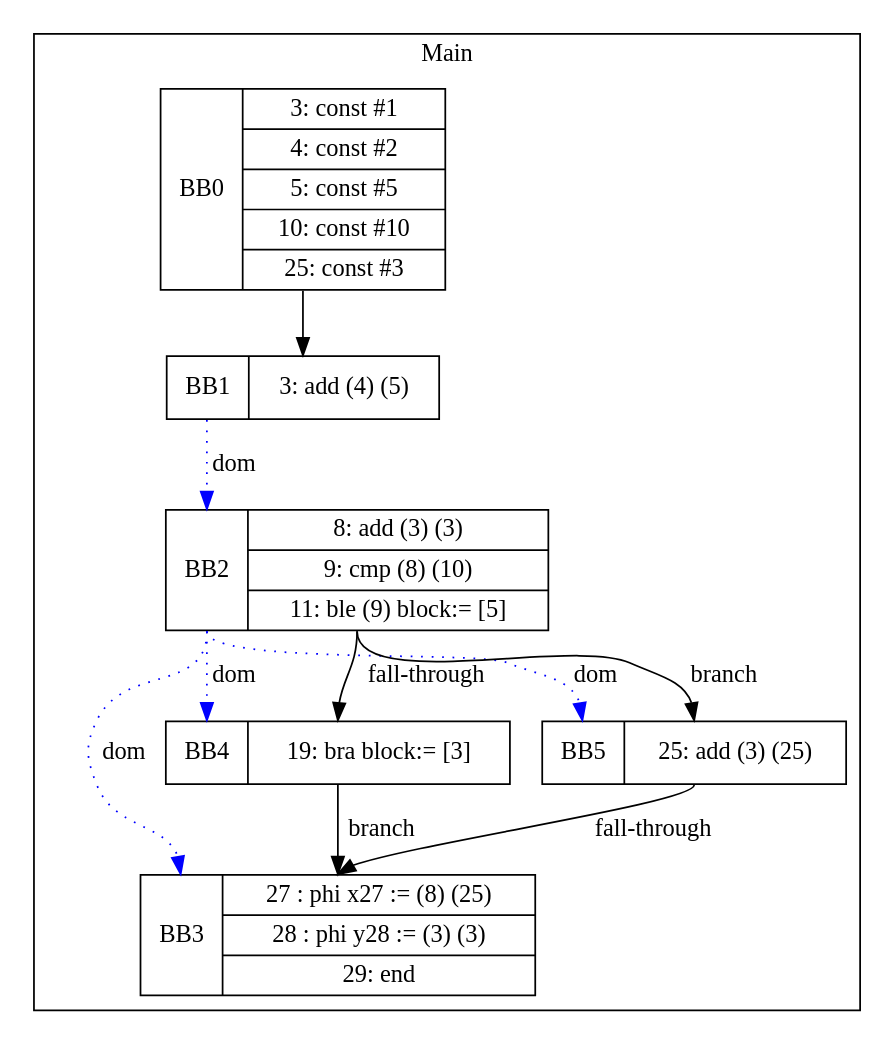
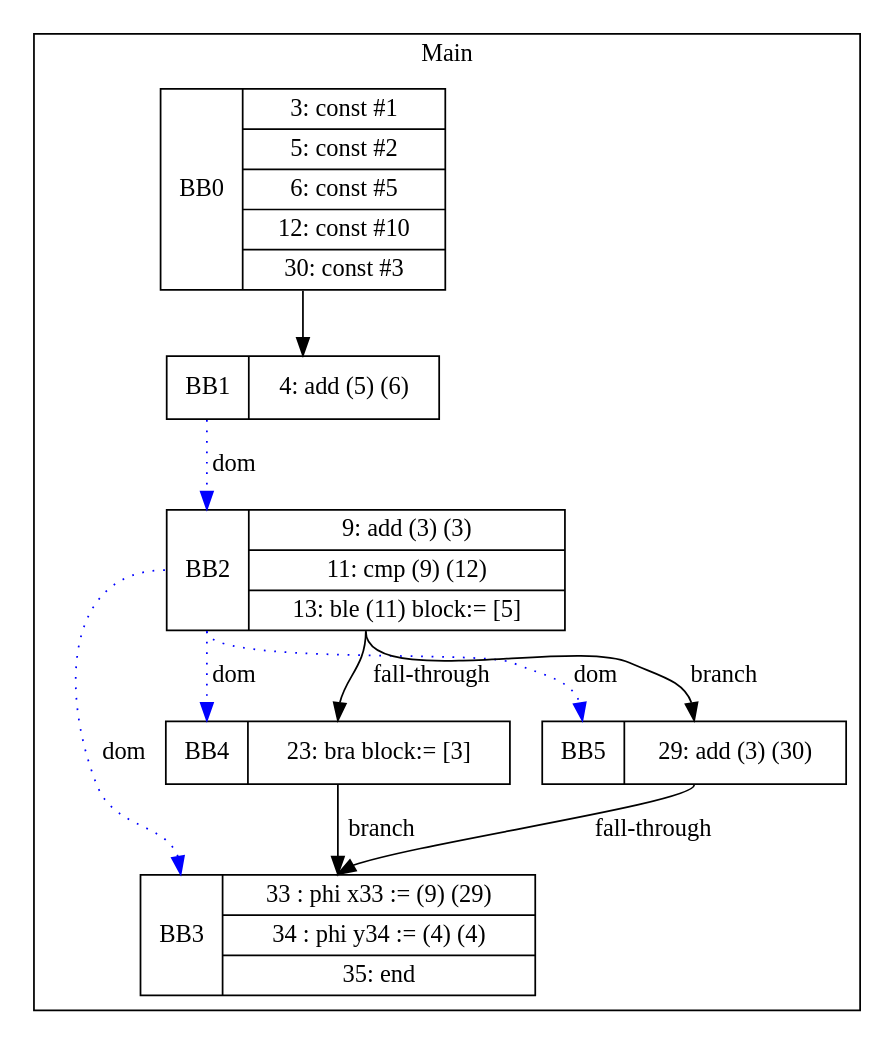
The diagram in visualization/ChinHung/if_branch_fall_have_new_instruction_after_exist-corrected.gv (zjc664656505/UCI-CS241-Advanced-Compiler-main), drawn with Graphviz before and after one commit. The commit also changed 65 other files, not shown here.

```diff
--- a/visualization/ChinHung/if_branch_fall_have_new_instruction_after_exist-corrected.gv
+++ b/visualization/ChinHung/if_branch_fall_have_new_instruction_after_exist-corrected.gv
@@ -1,21 +1,21 @@
 digraph G {
 node [shape=record];
 subgraph cluster_main{
 label = "Main";
-BB0 [shape=record, label="<b>BB0|{3: const #1|4: const #2|5: const #5|10: const #10|25: const #3}"];
-BB1 [shape=record, label="<b>BB1|{3: add (4) (5)}"];
-BB2 [shape=record, label="<b>BB2|{8: add (3) (3)|9: cmp (8) (10)|11: ble (9) block:= [5]}"];
-BB3 [shape=record, label="<b>BB3|{27 : phi x27 := (8) (25)|28 : phi y28 := (3) (3)|29: end}"];
-BB4 [shape=record, label="<b>BB4|{19: bra block:= [3]}"];
-BB5 [shape=record, label="<b>BB5|{25: add (3) (25)}"];
+BB0 [shape=record, label="<b>BB0|{3: const #1|5: const #2|6: const #5|12: const #10|30: const #3}"];
+BB1 [shape=record, label="<b>BB1|{4: add (5) (6)}"];
+BB2 [shape=record, label="<b>BB2|{9: add (3) (3)|11: cmp (9) (12)|13: ble (11) block:= [5]}"];
+BB3 [shape=record, label="<b>BB3|{33 : phi x33 := (9) (29)|34 : phi y34 := (4) (4)|35: end}"];
+BB4 [shape=record, label="<b>BB4|{23: bra block:= [3]}"];
+BB5 [shape=record, label="<b>BB5|{29: add (3) (30)}"];
 }
 BB0:s -> BB1:n ;
 BB2:b -> BB3:b [color=blue, style=dotted, label="dom"];
 BB2:b -> BB4:b [color=blue, style=dotted, label="dom"];
 BB1:b -> BB2:b [color=blue, style=dotted, label="dom"];
 BB2:b -> BB5:b [color=blue, style=dotted, label="dom"];
 BB2:s -> BB5:n [label="branch"];
 BB4:s -> BB3:n [label="branch"];
 BB5:s -> BB3:n [label="fall-through"];
 BB2:s -> BB4:n [label="fall-through"];
 }
```
